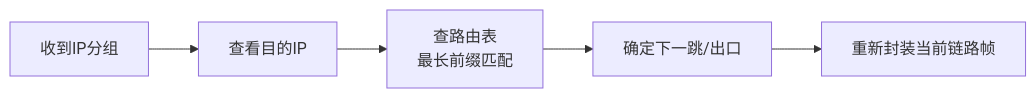
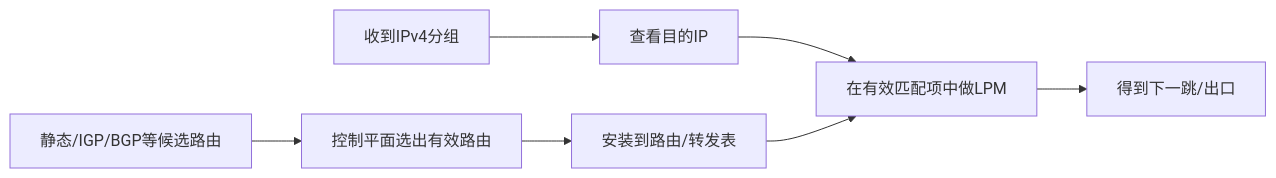
The diagram in 01_综合知识/01_计算机系统基础知识/03_计算机网络/05_IP网络与路由/03_路由/路由表与最长前缀匹配.md (74262195/system-architect-notes), drawn with Mermaid before and after one commit. The commit also changed other lines of this file and 3 other files, not shown here.

````diff
--- a/01_综合知识/01_计算机系统基础知识/03_计算机网络/05_IP网络与路由/03_路由/路由表与最长前缀匹配.md
+++ b/01_综合知识/01_计算机系统基础知识/03_计算机网络/05_IP网络与路由/03_路由/路由表与最长前缀匹配.md
@@ -123,7 +100,9 @@
 ```mermaid
 flowchart LR
-    A[收到IP分组] --> B[查看目的IP]
-    B --> C[查路由表<br/>最长前缀匹配]
-    C --> D[确定下一跳/出口]
-    D --> E[重新封装当前链路帧]
+    A[静态/IGP/BGP等候选路由] --> B[控制平面选出有效路由]
+    B --> C[安装到路由/转发表]
+    D[收到IPv4分组] --> E[查看目的IP]
+    E --> F[在有效匹配项中做LPM]
+    C --> F
+    F --> G[得到下一跳/出口]
 ```
````
